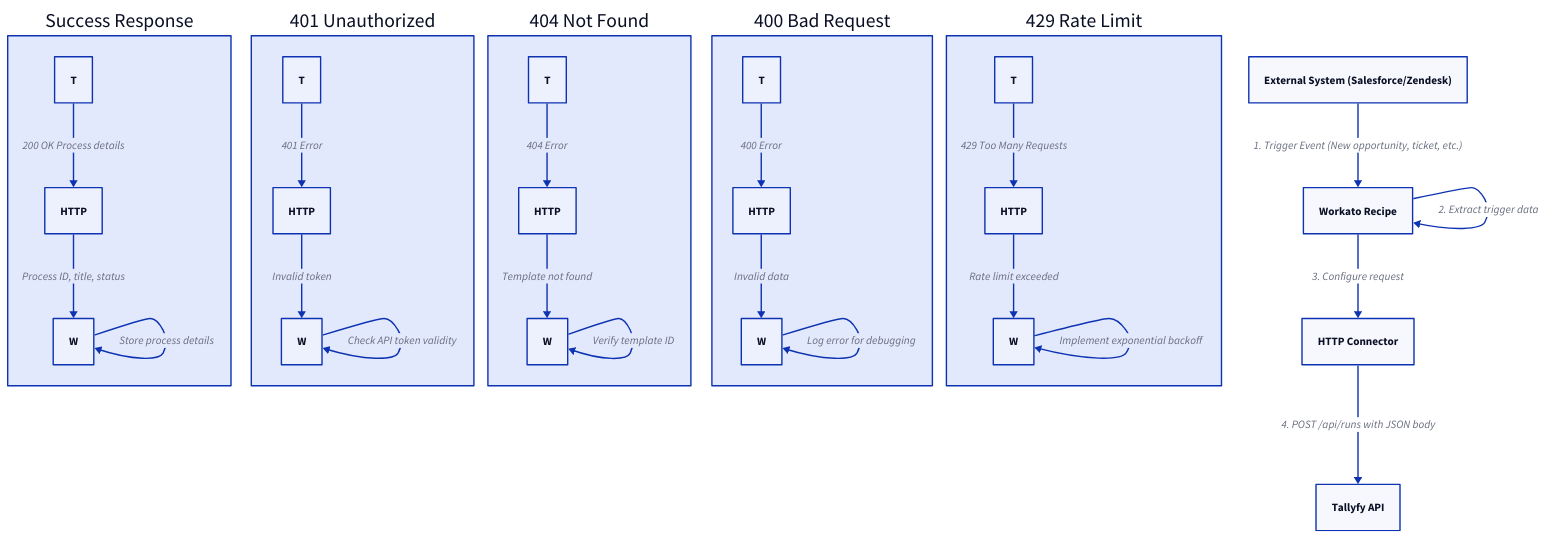
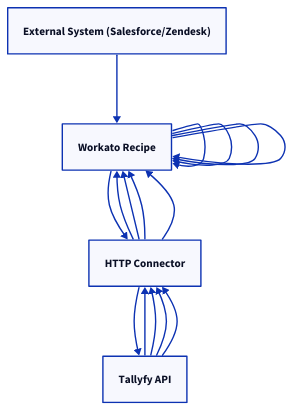
The diagram in src/content/docs/pro/integrations/middleware/workato/how-to-launch-tallyfy-processes-from-workato.mdx (tallyfy/documentation), drawn with D2 before and after one commit. The commit also changed other lines of this file and 605 other files, not shown here.

````diff
--- a/src/content/docs/pro/integrations/middleware/workato/how-to-launch-tallyfy-processes-from-workato.mdx
+++ b/src/content/docs/pro/integrations/middleware/workato/how-to-launch-tallyfy-processes-from-workato.mdx
@@ -25,47 +26,22 @@
 ```d2
-ES: "External System (Salesforce/Zendesk)"
-W: "Workato Recipe"
-HTTP: "HTTP Connector"
-T: "Tallyfy API"
+ES: External System (Salesforce/Zendesk)
+W: Workato Recipe
+HTTP: HTTP Connector
+T: Tallyfy API
 
-# Integration Flow: External Event → Tallyfy Process Launch
-ES -> W: "1. Trigger Event (New opportunity, ticket, etc.)"
-W -> W: "2. Extract trigger data"
-W -> HTTP: "3. Configure request"
-# Authentication: Bearer token + X-Tallyfy-Client header
-HTTP -> T: "4. POST /api/runs with JSON body"
-# Body includes: - blueprint_id - owner_id - prerun data
-
-# Success Path
-Success: "Success Response" {
-  T -> HTTP: "200 OK Process details"
-  HTTP -> W: "Process ID, title, status"
-  W -> W: "Store process details"
-  # Process launched successfully
-}
-
-# Error Paths
-Error401: "401 Unauthorized" {
-  T -> HTTP: "401 Error"
-  HTTP -> W: "Invalid token"
-  W -> W: "Check API token validity"
-}
-
-Error404: "404 Not Found" {
-  T -> HTTP: "404 Error"
-  HTTP -> W: "Template not found"
-  W -> W: "Verify template ID"
-}
-
-Error400: "400 Bad Request" {
-  T -> HTTP: "400 Error"
-  HTTP -> W: "Invalid data"
-  W -> W: "Log error for debugging"
-}
-
-RateLimit: "429 Rate Limit" {
-  T -> HTTP: "429 Too Many Requests"
-  HTTP -> W: "Rate limit exceeded"
-  W -> W: "Implement exponential backoff"
-}
+ES -> W
+W -> W
+W -> HTTP
+HTTP -> T
+T -> HTTP
+HTTP -> W
+W -> W
+T -> HTTP
+HTTP -> W
+W -> W
+T -> HTTP
+HTTP -> W
+W -> W
+T -> HTTP
+HTTP -> W
 ```
````
